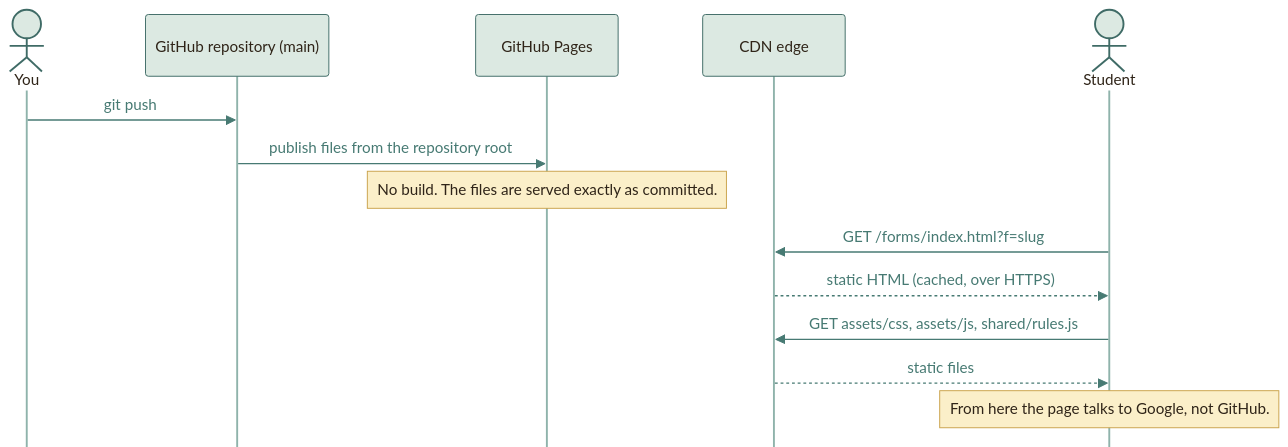
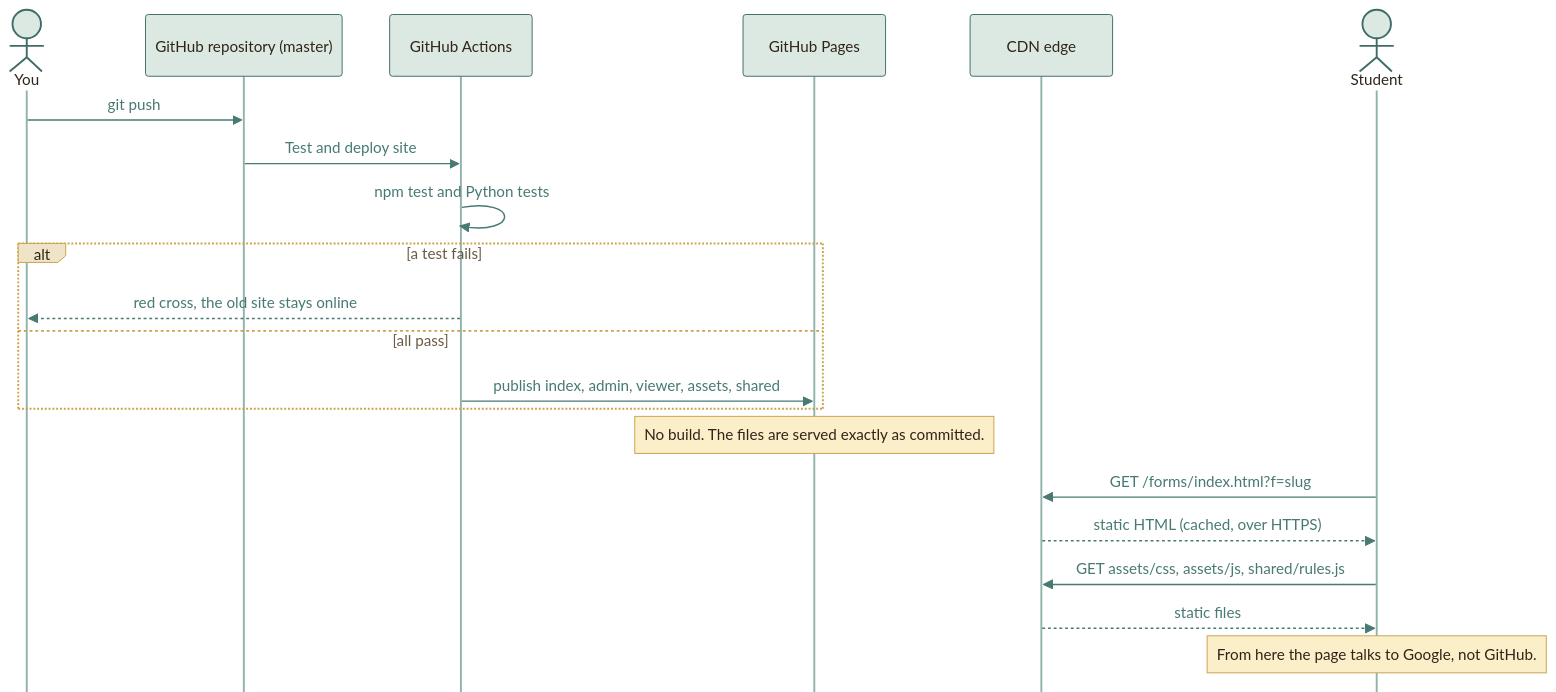
Before and after one commit to moyeh04/forms-platform: the second of 4 diagrams in docs/architecture/HOSTING.md, drawn with Mermaid. The commit also changed other lines of this file and 4 other files, not shown here.

First line of the commit message:
ci(pages): Test and publish the site on every push to master

````diff
--- a/docs/architecture/HOSTING.md
+++ b/docs/architecture/HOSTING.md
@@ -85,39 +85,46 @@
 ```mermaid
 %%{init: {
   'theme': 'base',
   'themeVariables': {
     'fontFamily': 'ui-sans-serif, system-ui, -apple-system, Segoe UI, Roboto, sans-serif',
     'fontSize': '15px',
     'primaryColor': '#DCE9E2', 'primaryBorderColor': '#3F6B66', 'primaryTextColor': '#2F2418',
     'secondaryColor': '#F0E4C8', 'secondaryBorderColor': '#C9A24A', 'secondaryTextColor': '#2F2418',
     'tertiaryColor': '#F6EFDC', 'tertiaryBorderColor': '#CDBB94', 'tertiaryTextColor': '#2F2418',
     'lineColor': '#3F6B66', 'textColor': '#2F2418', 'mainBkg': '#DCE9E2', 'nodeBorder': '#3F6B66',
     'clusterBkg': '#F6EFDC', 'clusterBorder': '#CDBB94', 'titleColor': '#2F2418',
     'edgeLabelBackground': '#F8F1DD',
     'actorBkg': '#DCE9E2', 'actorBorder': '#3F6B66', 'actorTextColor': '#2F2418', 'actorLineColor': '#8FB3AB',
     'signalColor': '#477A73', 'signalTextColor': '#477A73',
     'labelBoxBkgColor': '#F0E4C8', 'labelBoxBorderColor': '#C9A24A', 'labelTextColor': '#2F2418', 'loopTextColor': '#6A5A44',
     'noteBkgColor': '#FBEFC9', 'noteBorderColor': '#C9A24A', 'noteTextColor': '#2F2418',
     'activationBkgColor': '#DCE9E2', 'activationBorderColor': '#3F6B66', 'sequenceNumberColor': '#F8F1DD',
     'transitionColor': '#3F6B66', 'stateLabelColor': '#2F2418', 'stateBkg': '#DCE9E2', 'altBackground': '#F6EFDC',
     'attributeBackgroundColorOdd': '#F8F1DD', 'attributeBackgroundColorEven': '#F0E4C8'
   },
   'flowchart': {'curve': 'basis', 'padding': 14, 'nodeSpacing': 40, 'rankSpacing': 46},
   'sequence': {'mirrorActors': false, 'messageMargin': 34, 'boxMargin': 8}
 }}%%
 sequenceDiagram
     actor Dev as You
-    participant Git as GitHub repository (main)
+    participant Git as GitHub repository (master)
+    participant CI as GitHub Actions
     participant Pages as GitHub Pages
     participant CDN as CDN edge
     actor Stu as Student
 
     Dev->>Git: git push
-    Git->>Pages: publish files from the repository root
+    Git->>CI: Test and deploy site
+    CI->>CI: npm test and Python tests
+    alt a test fails
+        CI-->>Dev: red cross, the old site stays online
+    else all pass
+        CI->>Pages: publish index, admin, viewer, assets, shared
+    end
     Note over Pages: No build. The files are served exactly as committed.
     Stu->>CDN: GET /forms/index.html?f=slug
     CDN-->>Stu: static HTML (cached, over HTTPS)
     Stu->>CDN: GET assets/css, assets/js, shared/rules.js
     CDN-->>Stu: static files
     Note over Stu: From here the page talks to Google, not GitHub.
 ```
````
